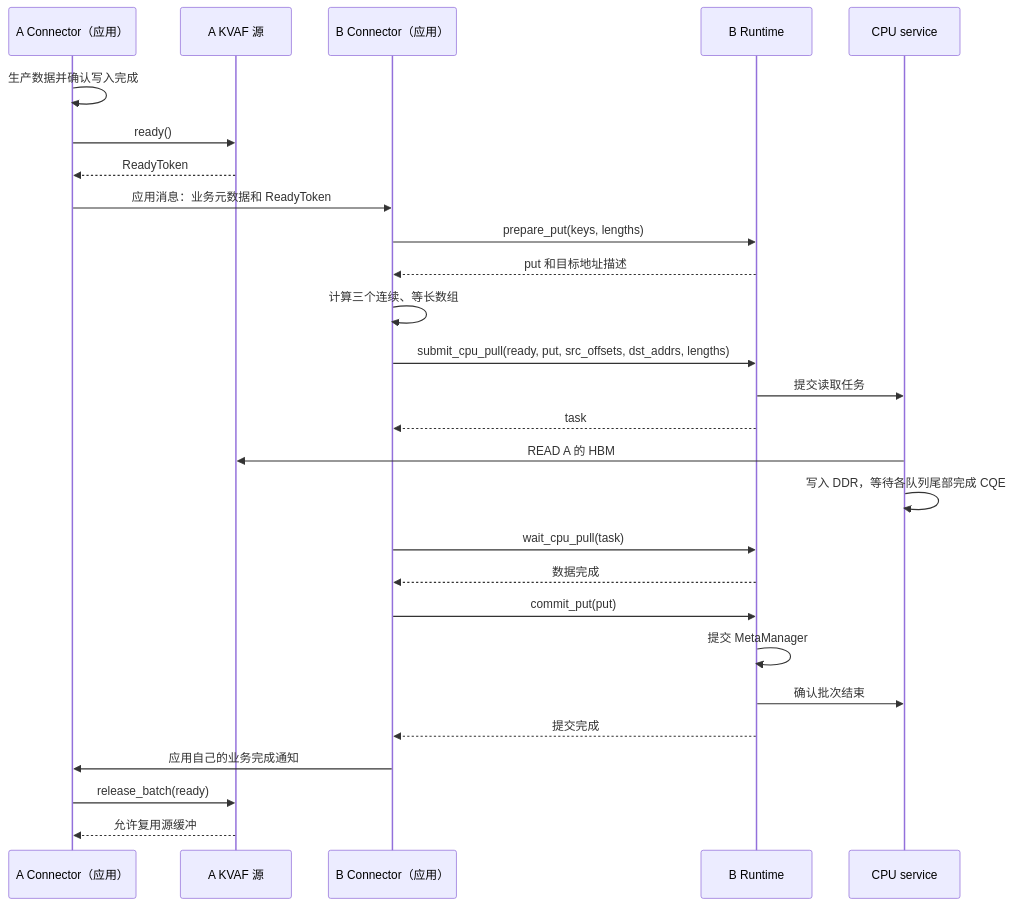
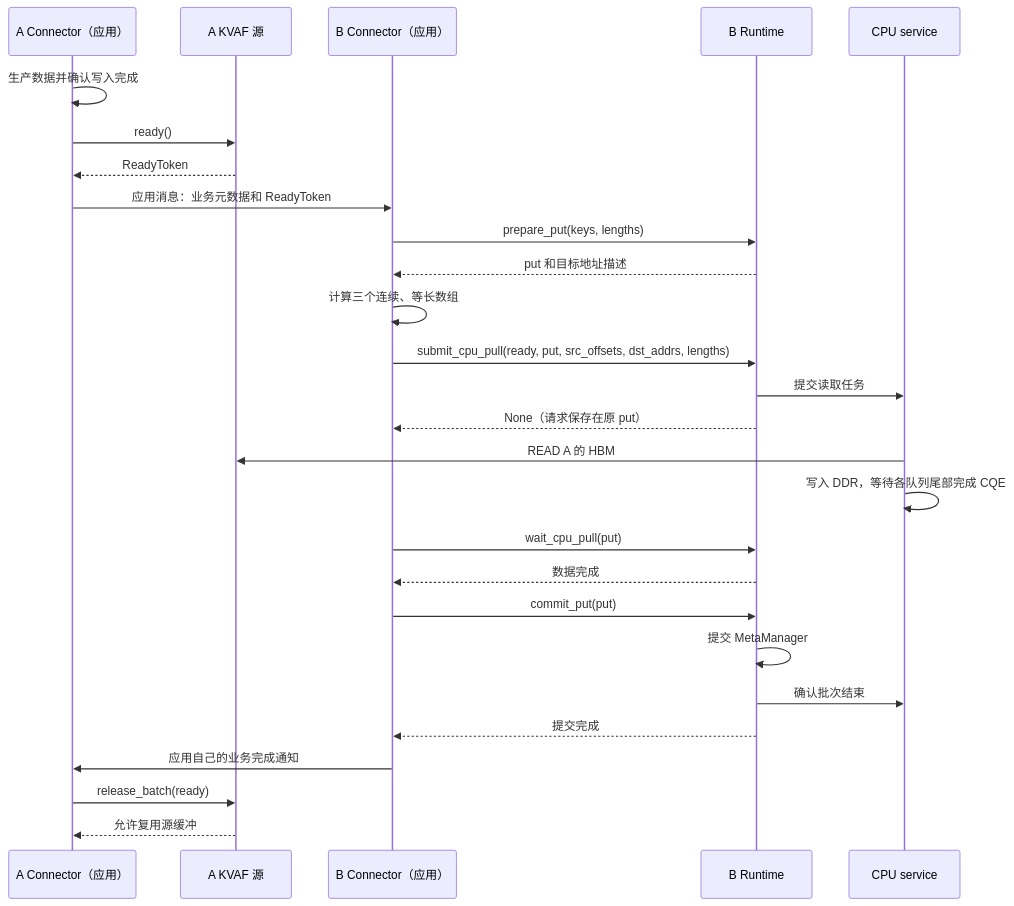
One commit to zxdgongjue-spec/KVAF changed the first of 2 diagrams in docs/connector_pull_api_design.md. Above: the diagram before and after it, drawn with Mermaid. The commit also changed other lines of this file and 14 other files, not shown here.

Commit message:
refactor: unify CPU pull tasks with put handles

````diff
--- a/docs/connector_pull_api_design.md
+++ b/docs/connector_pull_api_design.md
@@ -338,30 +339,30 @@
 ```mermaid
 sequenceDiagram
     participant AC as A Connector（应用）
     participant AS as A KVAF 源
     participant BC as B Connector（应用）
     participant BR as B Runtime
     participant CPU as CPU service
 
     AC->>AC: 生产数据并确认写入完成
     AC->>AS: ready()
     AS-->>AC: ReadyToken
     AC->>BC: 应用消息：业务元数据和 ReadyToken
     BC->>BR: prepare_put(keys, lengths)
     BR-->>BC: put 和目标地址描述
     BC->>BC: 计算三个连续、等长数组
     BC->>BR: submit_cpu_pull(ready, put, src_offsets, dst_addrs, lengths)
     BR->>CPU: 提交读取任务
-    BR-->>BC: task
+    BR-->>BC: None（请求保存在原 put）
     CPU->>AS: READ A 的 HBM
     CPU->>CPU: 写入 DDR，等待各队列尾部完成 CQE
-    BC->>BR: wait_cpu_pull(task)
+    BC->>BR: wait_cpu_pull(put)
     BR-->>BC: 数据完成
     BC->>BR: commit_put(put)
     BR->>BR: 提交 MetaManager
     BR->>CPU: 确认批次结束
     BR-->>BC: 提交完成
     BC->>AC: 应用自己的业务完成通知
     AC->>AS: release_batch(ready)
     AS-->>AC: 允许复用源缓冲
 ```
````
